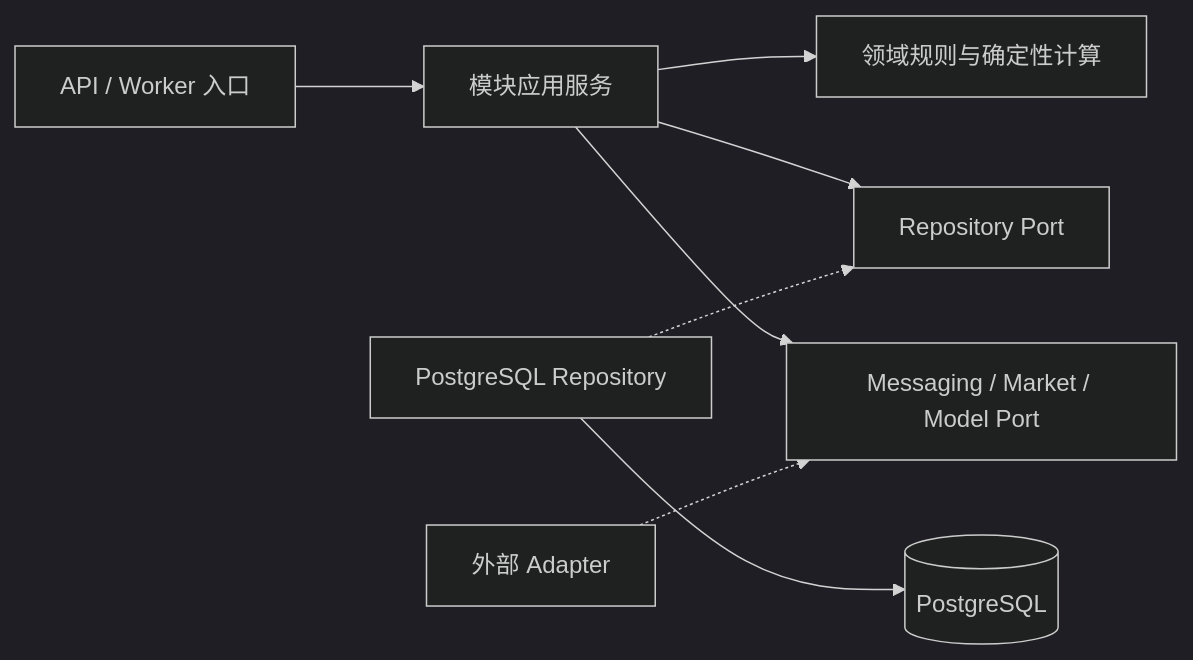
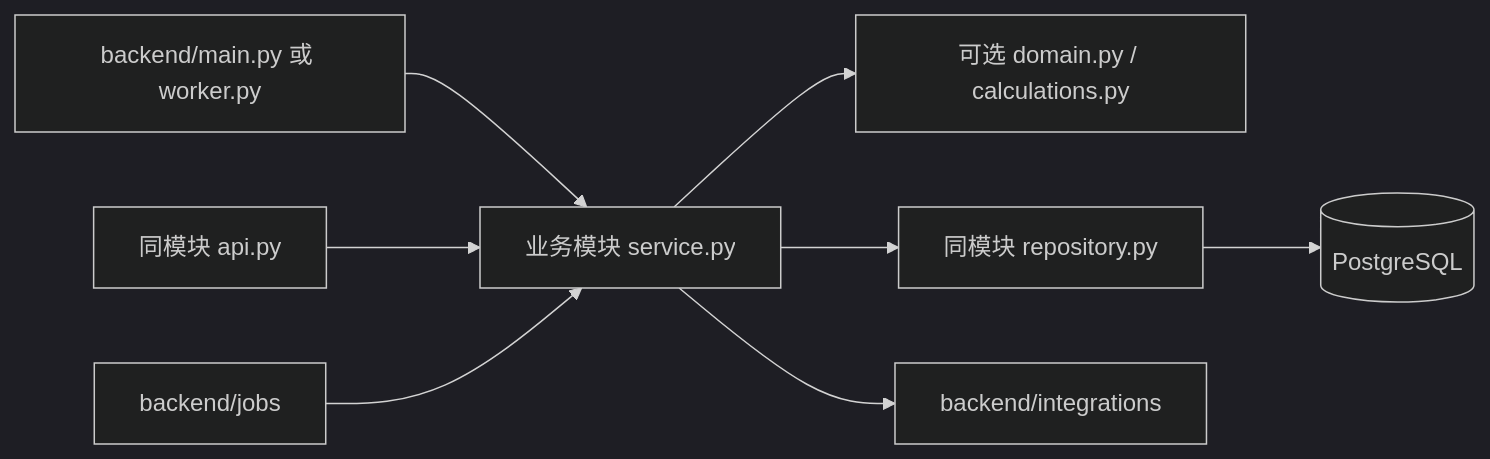
One commit to sinojelly/wealthsail changed the second of 6 diagrams in docs/10.WealthSail-MVP前后端实现与系统部署规范.md. Above: the diagram before and after it, drawn with Mermaid (dark theme). The commit also changed other lines of this file and 1 other file, not shown here.

Commit message:
docs(backend): simplify target project structure

````diff
--- a/docs/10.WealthSail-MVP前后端实现与系统部署规范.md
+++ b/docs/10.WealthSail-MVP前后端实现与系统部署规范.md
@@ -281,10 +273,10 @@
 ```mermaid
 flowchart LR
-    Route["API / Worker 入口"] --> Service["模块应用服务"]
-    Service --> Domain["领域规则与确定性计算"]
-    Service --> RepoPort["Repository Port"]
-    Service --> ExternalPort["Messaging / Market / Model Port"]
-    RepoImpl["PostgreSQL Repository"] -.-> RepoPort
-    Adapter["外部 Adapter"] -.-> ExternalPort
-    RepoImpl --> DB[("PostgreSQL")]
+    Entry["backend/main.py 或 worker.py"] --> Service["业务模块 service.py"]
+    API["同模块 api.py"] --> Service
+    Service --> Calc["可选 domain.py / calculations.py"]
+    Service --> Repo["同模块 repository.py"]
+    Service --> Integration["backend/integrations"]
+    Repo --> DB[("PostgreSQL")]
+    Job["backend/jobs"] --> Service
 ```
````
